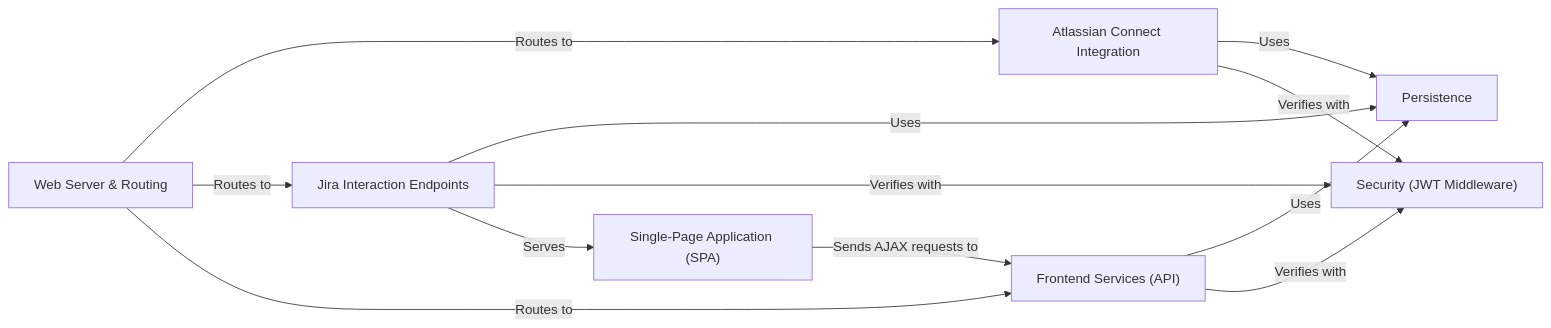
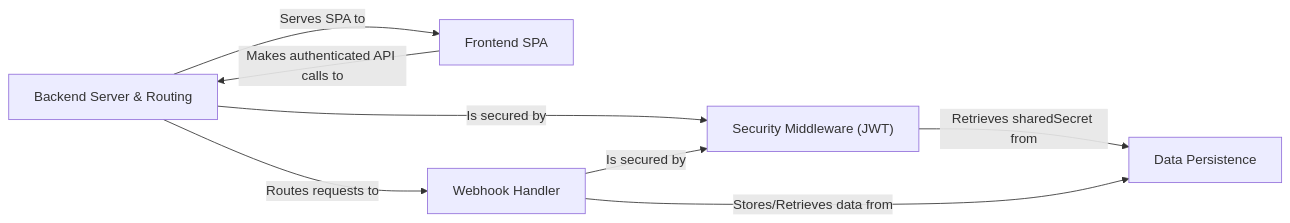
One commit to CodeBoarding/GeneratedOnBoardings changed the diagram in atlassian-connect-example-app-node/on_boarding.md. Above: the diagram before and after it, drawn with Mermaid. The commit also changed other lines of this file, not shown here.

Commit message:
Uploading onboarding materials for atlassian-connect-example-app-node

````diff
--- a/atlassian-connect-example-app-node/on_boarding.md
+++ b/atlassian-connect-example-app-node/on_boarding.md
@@ -1,21 +1,15 @@
 ```mermaid
 graph LR
-    Web_Server_Routing["Web Server & Routing"]
-    Atlassian_Connect_Integration["Atlassian Connect Integration"]
-    Jira_Interaction_Endpoints["Jira Interaction Endpoints"]
-    Frontend_Services_API_["Frontend Services (API)"]
-    Security_JWT_Middleware_["Security (JWT Middleware)"]
-    Persistence["Persistence"]
-    Single_Page_Application_SPA_["Single-Page Application (SPA)"]
-    Web_Server_Routing -- "Routes to" --> Atlassian_Connect_Integration
-    Web_Server_Routing -- "Routes to" --> Jira_Interaction_Endpoints
-    Web_Server_Routing -- "Routes to" --> Frontend_Services_API_
-    Atlassian_Connect_Integration -- "Uses" --> Persistence
-    Jira_Interaction_Endpoints -- "Uses" --> Persistence
-    Frontend_Services_API_ -- "Uses" --> Persistence
-    Atlassian_Connect_Integration -- "Verifies with" --> Security_JWT_Middleware_
-    Jira_Interaction_Endpoints -- "Verifies with" --> Security_JWT_Middleware_
-    Frontend_Services_API_ -- "Verifies with" --> Security_JWT_Middleware_
-    Jira_Interaction_Endpoints -- "Serves" --> Single_Page_Application_SPA_
-    Single_Page_Application_SPA_ -- "Sends AJAX requests to" --> Frontend_Services_API_
+    Backend_Server_Routing["Backend Server & Routing"]
+    Frontend_SPA["Frontend SPA"]
+    Webhook_Handler["Webhook Handler"]
+    Security_Middleware_JWT_["Security Middleware (JWT)"]
+    Data_Persistence["Data Persistence"]
+    Backend_Server_Routing -- "Routes requests to" --> Webhook_Handler
+    Backend_Server_Routing -- "Serves SPA to" --> Frontend_SPA
+    Frontend_SPA -- "Makes authenticated API calls to" --> Backend_Server_Routing
+    Backend_Server_Routing -- "Is secured by" --> Security_Middleware_JWT_
+    Webhook_Handler -- "Is secured by" --> Security_Middleware_JWT_
+    Security_Middleware_JWT_ -- "Retrieves sharedSecret from" --> Data_Persistence
+    Webhook_Handler -- "Stores/Retrieves data from" --> Data_Persistence
 ```
````
